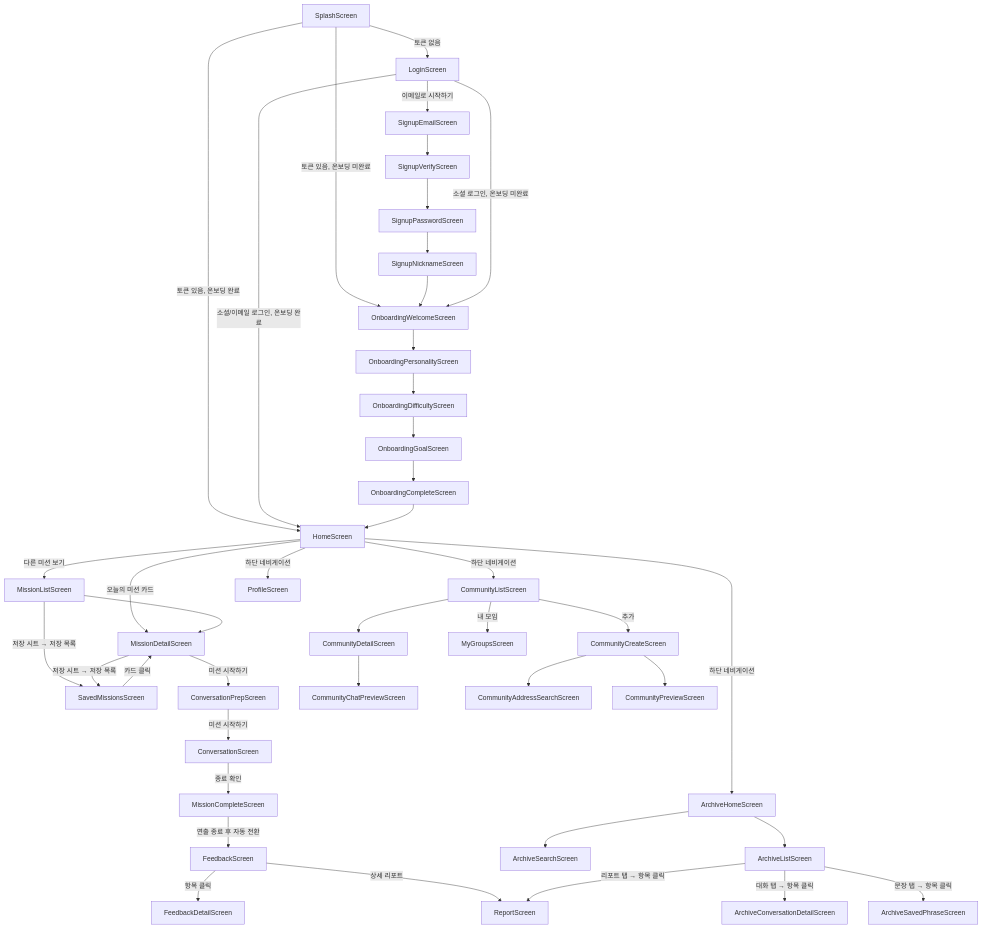
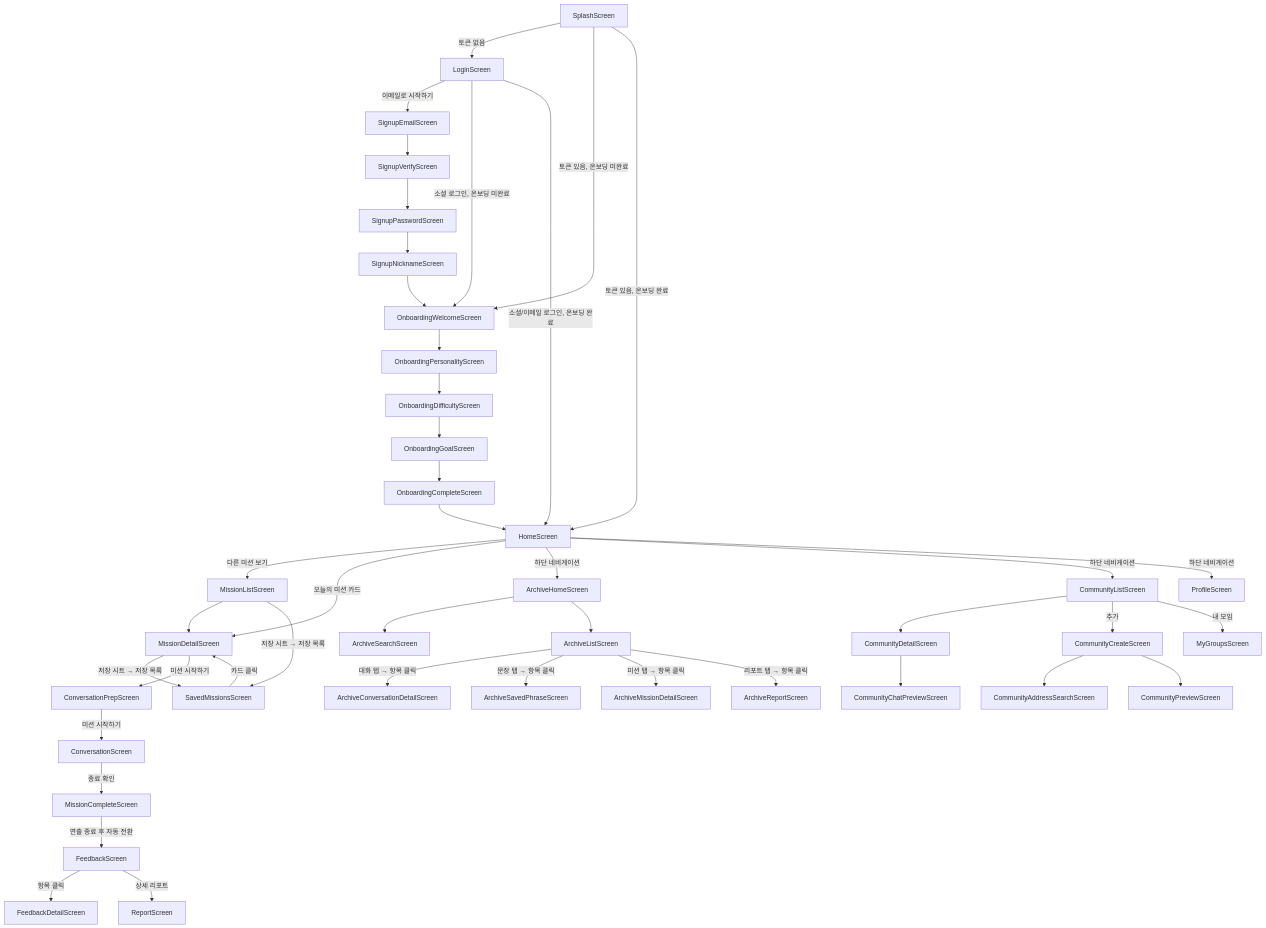
Before and after one commit to TalkQQuest/TalkQQuest-Android: the diagram in NAVIGATION.md, drawn with Mermaid. The commit also changed other lines of this file and 2 other files, not shown here.

Commit message:
docs: 성장 리포트 담당 범위 명확화 + 아카이브 진입 화면 C담당으로 정리

````diff
--- a/NAVIGATION.md
+++ b/NAVIGATION.md
@@ -96,50 +100,51 @@
 ```mermaid
 flowchart TD
     Splash[SplashScreen] -->|토큰 없음| Login[LoginScreen]
     Splash -->|토큰 있음, 온보딩 미완료| OnboardWelcome[OnboardingWelcomeScreen]
     Splash -->|토큰 있음, 온보딩 완료| Home[HomeScreen]
 
     Login -->|이메일로 시작하기| SignupEmail[SignupEmailScreen]
     SignupEmail --> SignupVerify[SignupVerifyScreen]
     SignupVerify --> SignupPw[SignupPasswordScreen]
     SignupPw --> SignupNick[SignupNicknameScreen]
     SignupNick --> OnboardWelcome
     Login -->|소셜 로그인, 온보딩 미완료| OnboardWelcome
     Login -->|소셜/이메일 로그인, 온보딩 완료| Home
 
     OnboardWelcome --> OnboardPersonality[OnboardingPersonalityScreen]
     OnboardPersonality --> OnboardDifficulty[OnboardingDifficultyScreen]
     OnboardDifficulty --> OnboardGoal[OnboardingGoalScreen]
     OnboardGoal --> OnboardComplete[OnboardingCompleteScreen]
     OnboardComplete --> Home
 
     Home -->|다른 미션 보기| MissionList[MissionListScreen]
     Home -->|오늘의 미션 카드| MissionDetail[MissionDetailScreen]
     MissionList --> MissionDetail
     MissionList -->|저장 시트 → 저장 목록| SavedMissions[SavedMissionsScreen]
     MissionDetail -->|저장 시트 → 저장 목록| SavedMissions
     SavedMissions -->|카드 클릭| MissionDetail
     MissionDetail -->|미션 시작하기| ConvPrep[ConversationPrepScreen]
     ConvPrep -->|미션 시작하기| Conversation[ConversationScreen]
     Conversation -->|종료 확인| MissionComplete[MissionCompleteScreen]
     MissionComplete -->|연출 종료 후 자동 전환| Feedback[FeedbackScreen]
     Feedback -->|항목 클릭| FeedbackDetail[FeedbackDetailScreen]
     Feedback -->|상세 리포트| Report[ReportScreen]
 
     Home -->|하단 네비게이션| Archive[ArchiveHomeScreen]
     Home -->|하단 네비게이션| Community[CommunityListScreen]
     Home -->|하단 네비게이션| Profile[ProfileScreen]
 
     Archive --> ArchiveSearch[ArchiveSearchScreen]
     Archive --> ArchiveList[ArchiveListScreen]
     ArchiveList -->|대화 탭 → 항목 클릭| ArchiveConvDetail[ArchiveConversationDetailScreen]
     ArchiveList -->|문장 탭 → 항목 클릭| ArchiveSavedPhrase[ArchiveSavedPhraseScreen]
-    ArchiveList -->|리포트 탭 → 항목 클릭| Report[ReportScreen]
+    ArchiveList -->|미션 탭 → 항목 클릭| ArchiveMissionDetail[ArchiveMissionDetailScreen]
+    ArchiveList -->|리포트 탭 → 항목 클릭| ArchiveReport[ArchiveReportScreen]
 
     Community --> CommunityDetail[CommunityDetailScreen]
     CommunityDetail --> CommunityChatPreview[CommunityChatPreviewScreen]
     Community -->|추가| CommunityCreate[CommunityCreateScreen]
     CommunityCreate --> CommunityAddressSearch[CommunityAddressSearchScreen]
     CommunityCreate --> CommunityPreview[CommunityPreviewScreen]
     Community -->|내 모임| MyGroups[MyGroupsScreen]
 ```
````
